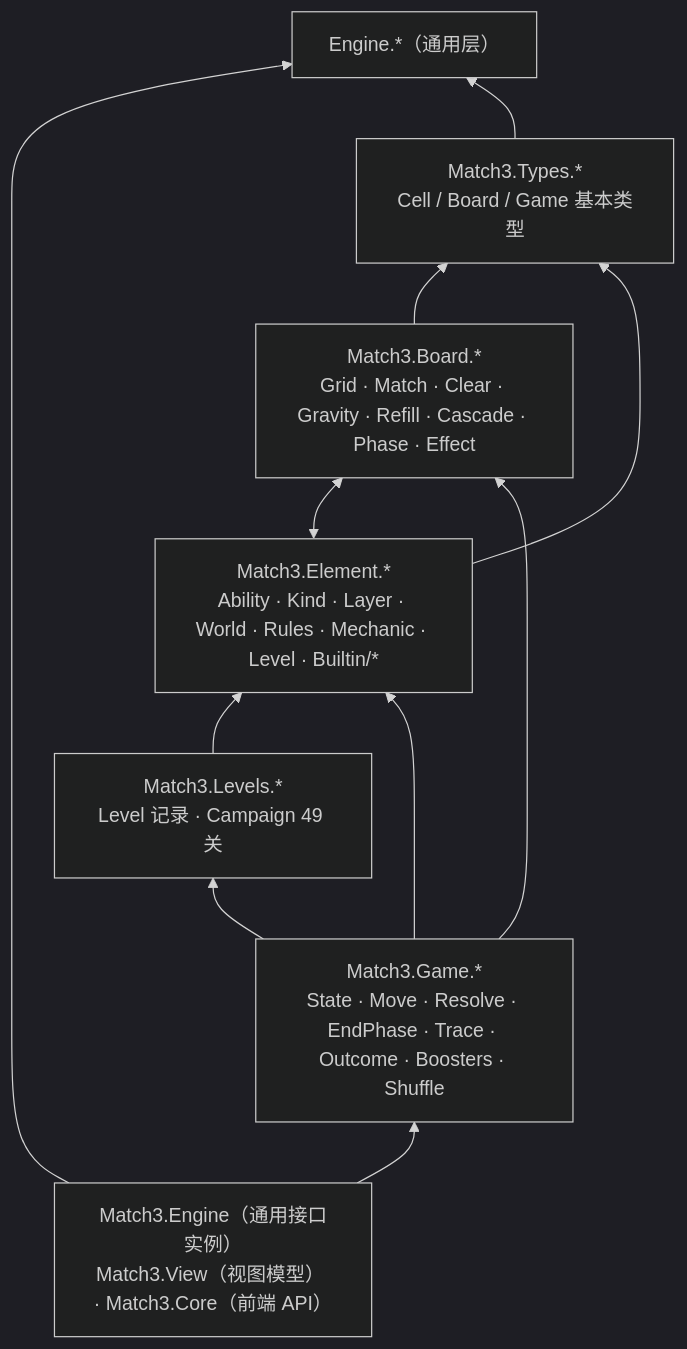
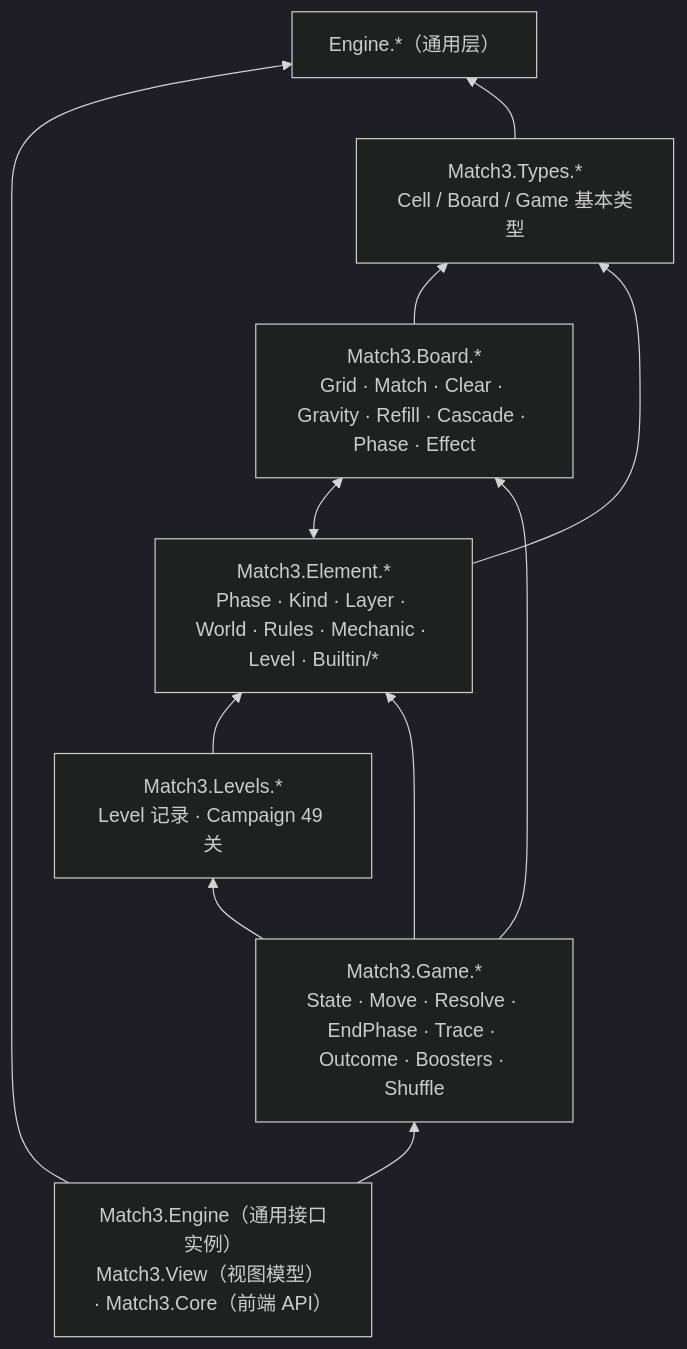
Before and after one commit to exsabersac/match3: the second of 2 diagrams in docs/guide/01-总览与阅读路线.md, drawn with Mermaid (dark theme). The commit also changed other lines of this file and 13 other files, not shown here.

Commit message:
docs: 同步 slim-9..11（Phase/Codec、Kind 函数与 Entity/GroundKind 记录、Layer 三方法、Mechanic layout/onBeat）；测试数 471；演进史阶段 14

````diff
--- a/docs/guide/01-总览与阅读路线.md
+++ b/docs/guide/01-总览与阅读路线.md
@@ -91,20 +91,20 @@
 ```mermaid
 flowchart BT
   T["Match3.Types.*<br/>Cell / Board / Game 基本类型"]
   B["Match3.Board.*<br/>Grid · Match · Clear · Gravity · Refill · Cascade · Phase · Effect"]
-  E["Match3.Element.*<br/>Ability · Kind · Layer · World · Rules · Mechanic · Level · Builtin/*"]
+  E["Match3.Element.*<br/>Phase · Kind · Layer · World · Rules · Mechanic · Level · Builtin/*"]
   L["Match3.Levels.*<br/>Level 记录 · Campaign 49 关"]
   G["Match3.Game.*<br/>State · Move · Resolve · EndPhase · Trace · Outcome · Boosters · Shuffle"]
   Top["Match3.Engine（通用接口实例）<br/>Match3.View（视图模型） · Match3.Core（前端 API）"]
   Eng["Engine.*（通用层）"]
   B --> T
   E --> T
   E <--> B
   L --> E
   G --> B
   G --> E
   G --> L
   Top --> G
   Top --> Eng
   T --> Eng
 ```
````
